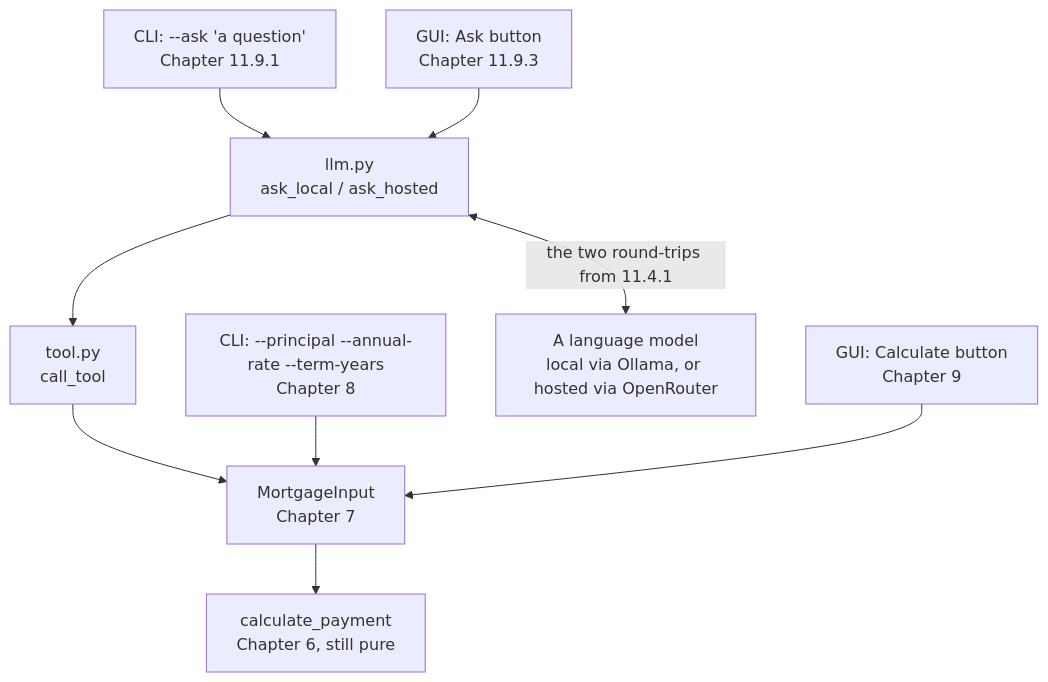
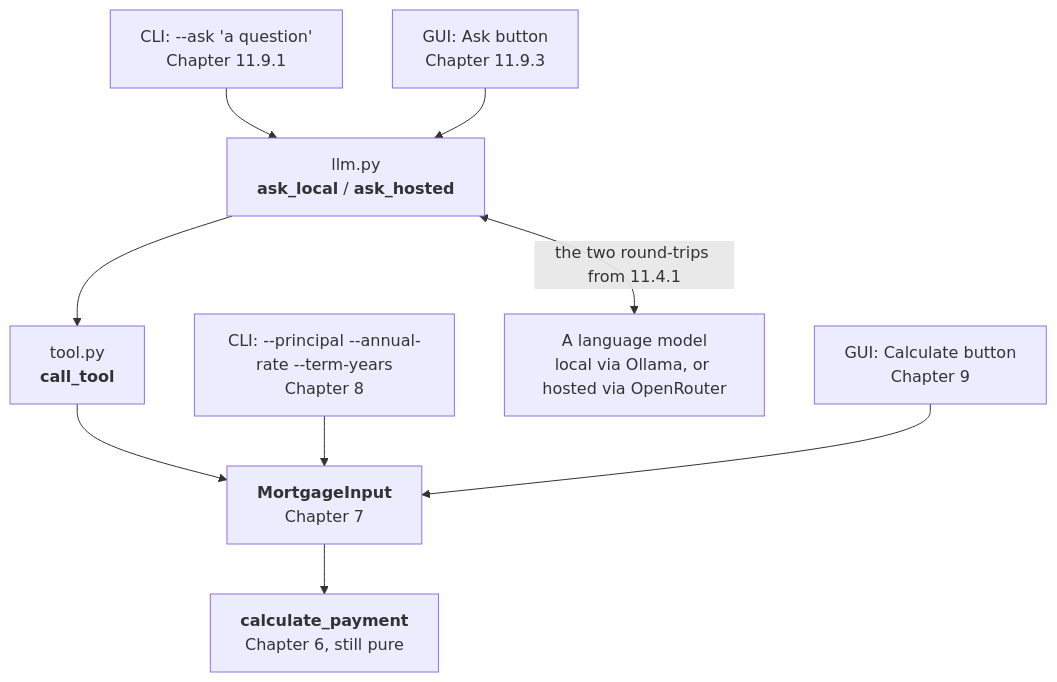
Before and after one commit to rioffe/intro_to_ai_software_engineering: the fourth of 4 diagrams in manuscript/12-llm-interface.md, drawn with Mermaid. The commit also changed other lines of this file and 17 other files, not shown here.

First line of the commit message:
Diagram readability pass, and keep diagrams with their intro sentence

````diff
--- a/manuscript/12-llm-interface.md
+++ b/manuscript/12-llm-interface.md
@@ -518,22 +518,22 @@
 ```mermaid
 flowchart TD
     FLAGS["CLI: --principal --annual-rate --term-years<br/>Chapter 8"]
     ASK["CLI: --ask 'a question'<br/>Chapter 11.9.1"]
     BTN["GUI: Calculate button<br/>Chapter 9"]
     ASKBTN["GUI: Ask button<br/>Chapter 11.9.3"]
 
-    LLM["llm.py<br/>ask_local / ask_hosted"]
+    LLM["llm.py<br/><b>ask_local</b> / <b>ask_hosted</b>"]
     MODEL["A language model<br/>local via Ollama, or hosted via OpenRouter"]
-    TOOL["tool.py<br/>call_tool"]
-    VAL["MortgageInput<br/>Chapter 7"]
-    CORE["calculate_payment<br/>Chapter 6, still pure"]
+    TOOL["tool.py<br/><b>call_tool</b>"]
+    VAL["<b>MortgageInput</b><br/>Chapter 7"]
+    CORE["<b>calculate_payment</b><br/>Chapter 6, still pure"]
 
     ASK --> LLM
     ASKBTN --> LLM
     LLM <-->|"the two round-trips from 11.4.1"| MODEL
     LLM --> TOOL --> VAL
 
     FLAGS --> VAL
     BTN --> VAL
     VAL --> CORE
 ```
````
